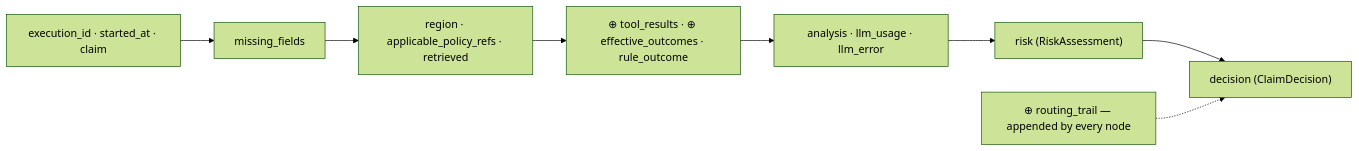
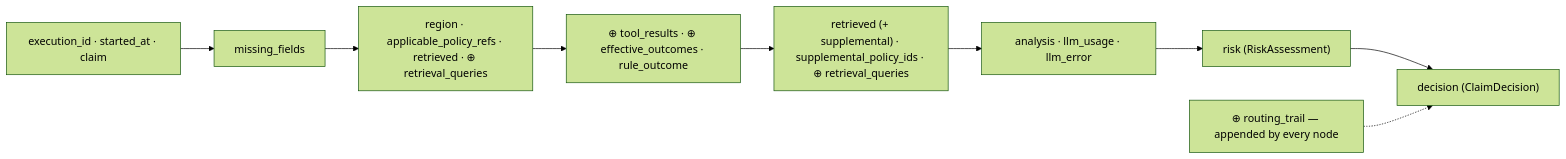
One commit to jefersonbraga/ClaimPilot changed the sixth of 17 diagrams in docs/ARCHITECTURE.md. Above: the diagram before and after it, drawn with Mermaid (forest theme). The commit also changed other lines of this file and 16 other files, not shown here.

````diff
--- a/docs/ARCHITECTURE.md
+++ b/docs/ARCHITECTURE.md
@@ -447,10 +464,11 @@
 ```mermaid
 flowchart LR
     s0["execution_id · started_at · claim"] --> s1["missing_fields"]
-    s1 --> s2["region · applicable_policy_refs · retrieved"]
+    s1 --> s2["region · applicable_policy_refs · retrieved · ⊕ retrieval_queries"]
     s2 --> s3["⊕ tool_results · ⊕ effective_outcomes · rule_outcome"]
-    s3 --> s4["analysis · llm_usage · llm_error"]
+    s3 --> s3b["retrieved (+ supplemental) · supplemental_policy_ids · ⊕ retrieval_queries"]
+    s3b --> s4["analysis · llm_usage · llm_error"]
     s4 --> s5["risk (RiskAssessment)"]
     s5 --> s6["decision (ClaimDecision)"]
     trail["⊕ routing_trail — appended by every node"] -.-> s6
 ```
````
